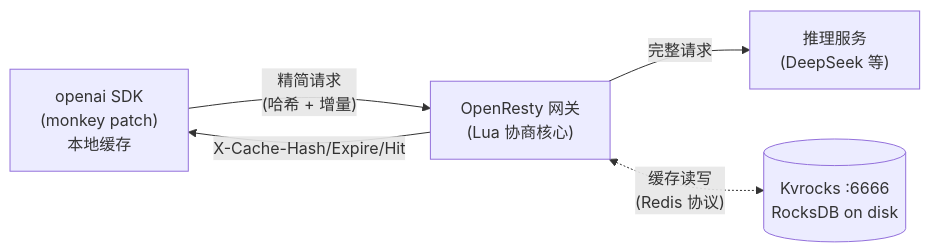
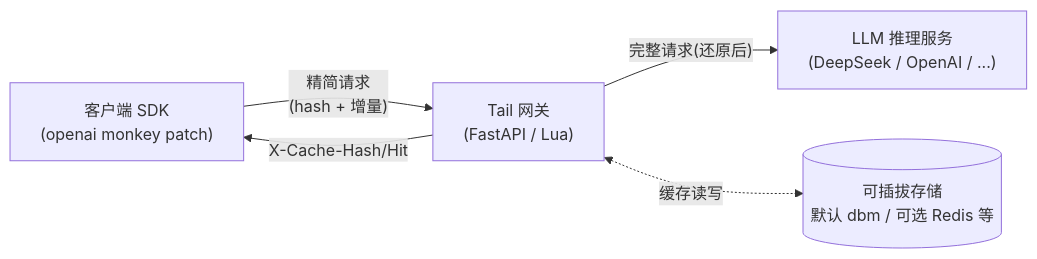
Before and after one commit to lloydzhou/tail: the diagram in README.md, drawn with Mermaid. The commit also changed other lines of this file and 1 other file, not shown here.

````diff
--- a/README.md
+++ b/README.md
@@ -25,12 +27,7 @@
 ```mermaid
 flowchart LR
-    SDK["openai SDK<br/>(monkey patch)<br/>本地缓存"]
-    GW["OpenResty 网关<br/>(Lua 协商核心)"]
-    BE["推理服务<br/>(DeepSeek 等)"]
-    KV[("Kvrocks :6666<br/>RocksDB on disk")]
-
-    SDK -- "精简请求<br/>(哈希 + 增量)" --> GW
-    GW -- "X-Cache-Hash/Expire/Hit" --> SDK
-    GW -- "完整请求" --> BE
-    GW <-. "缓存读写<br/>(Redis 协议)" .-> KV
+    SDK["客户端 SDK<br/>(openai monkey patch)"] -- "精简请求<br/>(hash + 增量)" --> GW["Tail 网关<br/>(FastAPI / Lua)"]
+    GW -- "X-Cache-Hash/Hit" --> SDK
+    GW -- "完整请求(还原后)" --> BE["LLM 推理服务<br/>(DeepSeek / OpenAI / ...)"]
+    GW <-. "缓存读写" .-> KV[("可插拔存储<br/>默认 dbm / 可选 Redis 等")]
 ```
````
